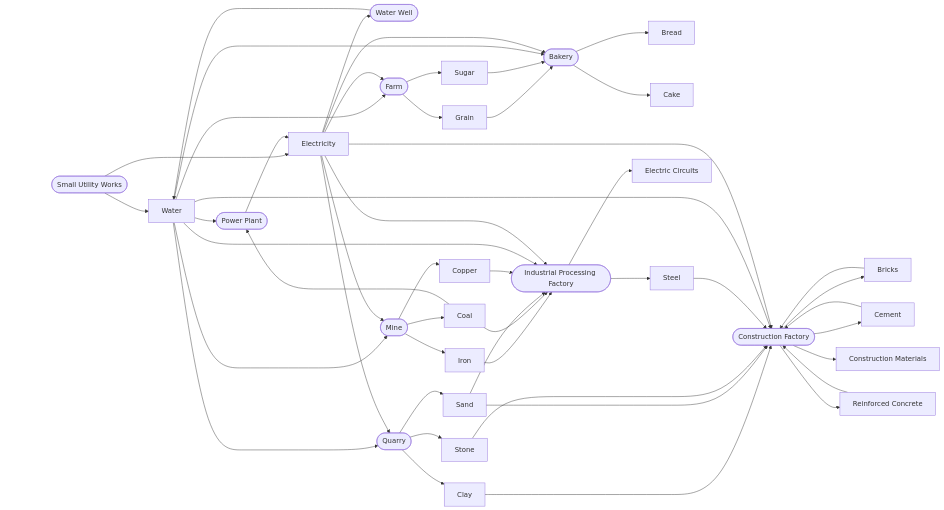
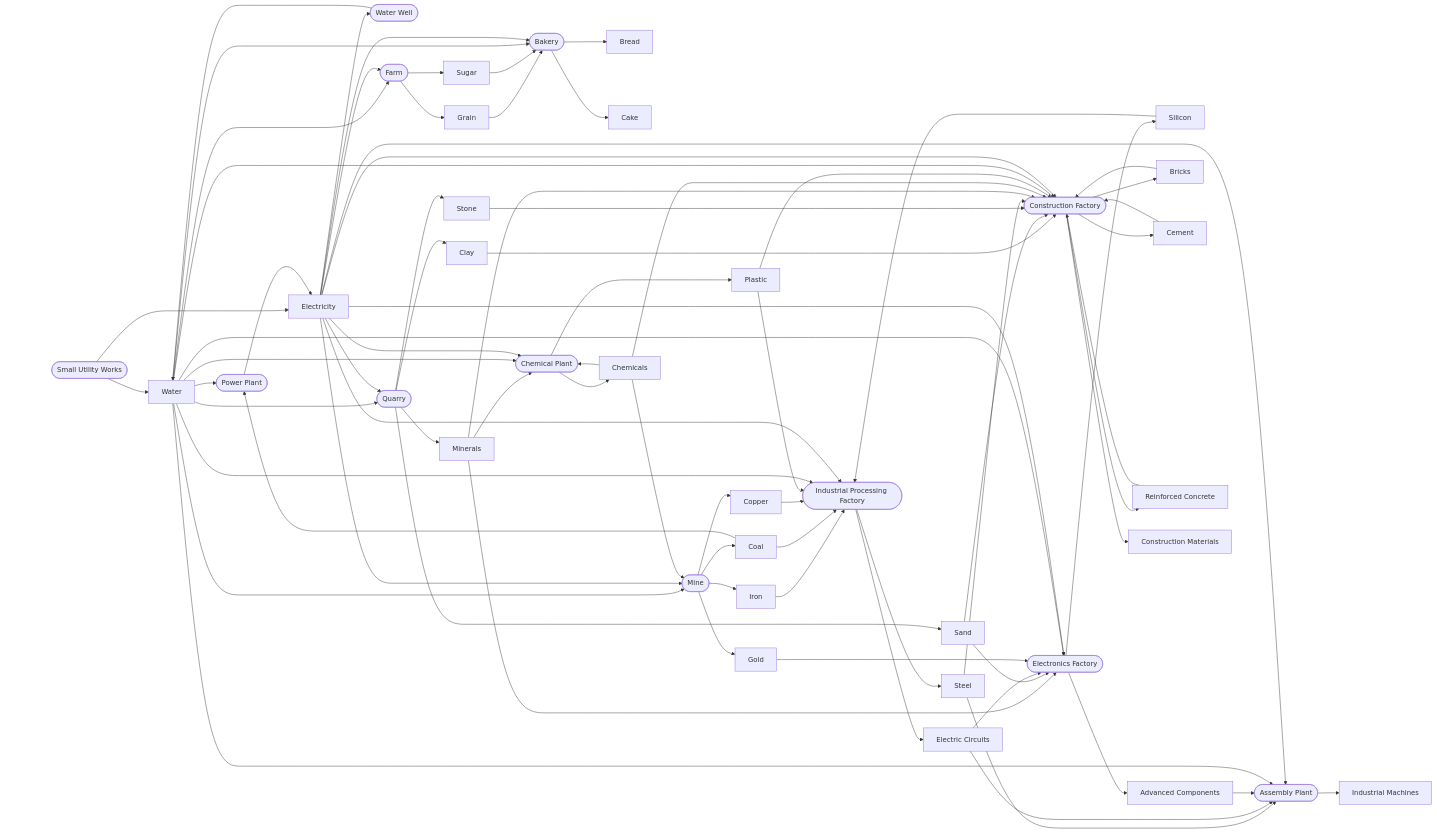
Before and after one commit to gram12321/industriClicker: the second of 2 diagrams in docs/WorkingDocs/VariableRelationshipMap.md, drawn with Mermaid. The commit also changed other lines of this file and 14 other files, not shown here.

````diff
--- a/docs/WorkingDocs/VariableRelationshipMap.md
+++ b/docs/WorkingDocs/VariableRelationshipMap.md
@@ -126,6 +172,8 @@
   iron[Iron]
   stone[Stone]
   clay[Clay]
+  gold[Gold]
+  minerals[Minerals]
 
   utilityAlignment[ ]:::hidden
   utilityAlignment --> utilityWorks
@@ -138,6 +186,8 @@
   rawAlignment --> iron
   rawAlignment --> stone
   rawAlignment --> clay
+  rawAlignment --> gold
+  rawAlignment --> minerals
 
   water[Water]
   electricity[Electricity]
@@ -147,6 +197,9 @@
   mine([Mine])
   quarry([Quarry])
   industrial([Industrial Processing Factory])
+  chemical([Chemical Plant])
+  electronics([Electronics Factory])
+  assembly([Assembly Plant])
   construction([Construction Factory])
 
   utilityWorks --> water
@@ -170,29 +223,59 @@
 
   water --> mine
   electricity --> mine
+  chemicals --> mine
   mine --> coal
   mine --> iron
   mine --> copper
+  mine --> gold
 
   water --> quarry
   electricity --> quarry
   quarry --> sand
   quarry --> clay
   quarry --> stone
+  quarry --> minerals
 
   iron --> industrial
   coal --> industrial
-  sand --> industrial
   copper --> industrial
+  silicon --> industrial
+  plastic --> industrial
   water --> industrial
   electricity --> industrial
   industrial --> steel[Steel]
   industrial --> circuits[Electric Circuits]
 
+  minerals --> chemical
+  water --> chemical
+  electricity --> chemical
+  chemical --> chemicals[Chemicals]
+  chemicals --> chemical
+  chemical --> plastic[Plastic]
+
+  minerals --> electronics
+  sand --> electronics
+  circuits --> electronics
+  gold --> electronics
+  water --> electronics
+  electricity --> electronics
+  electronics --> silicon[Silicon]
+  electronics --> advancedComponents[Advanced Components]
+
+  steel --> assembly
+  circuits --> assembly
+  advancedComponents --> assembly
+  water --> assembly
+  electricity --> assembly
+  assembly --> industrialMachines[Industrial Machines]
+
   clay --> construction
   sand --> construction
   stone --> construction
   steel --> construction
+  minerals --> construction
+  chemicals --> construction
+  plastic --> construction
   water --> construction
   electricity --> construction
   construction --> bricks[Bricks]
@@ -203,6 +286,6 @@
   reinforcedConcrete --> construction
   construction --> constructionMaterials[Construction Materials]
 
-  linkStyle 0,1,2,3,4,5,6,7 opacity:0;
+  linkStyle 0,1,2,3,4,5,6,7,8,9 opacity:0;
   classDef hidden fill:none,stroke:none,color:transparent;
 ```
````
